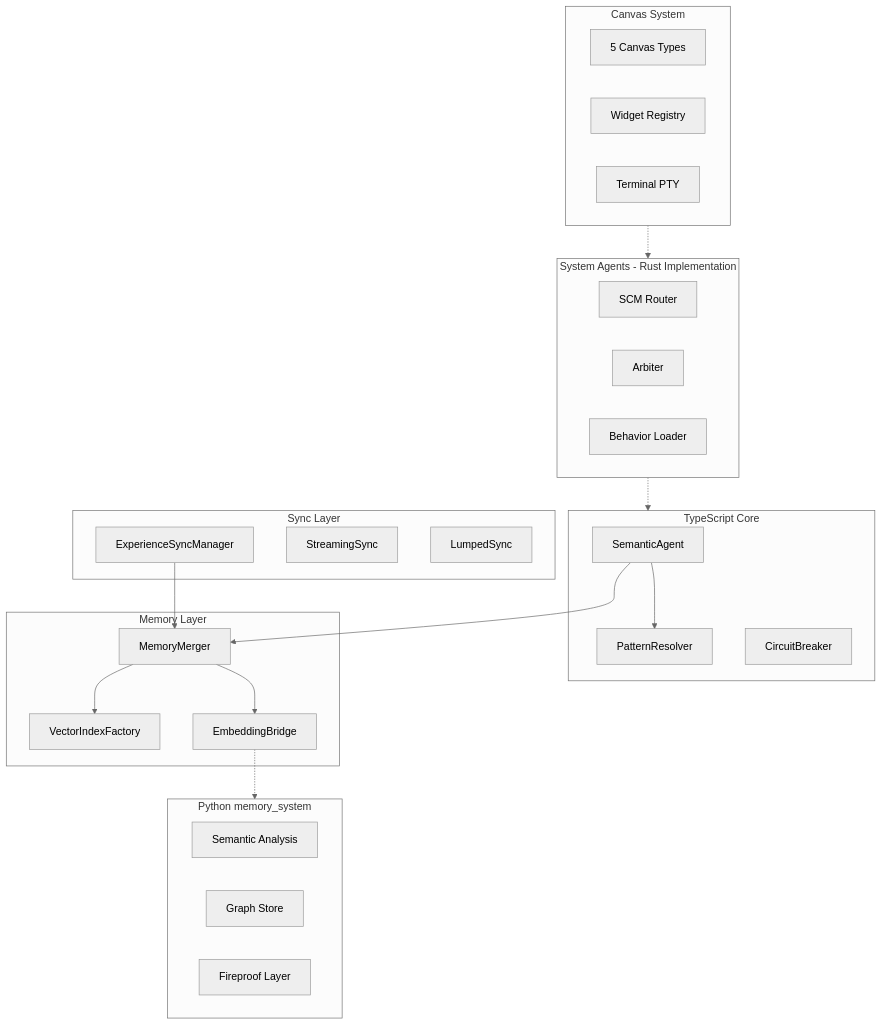
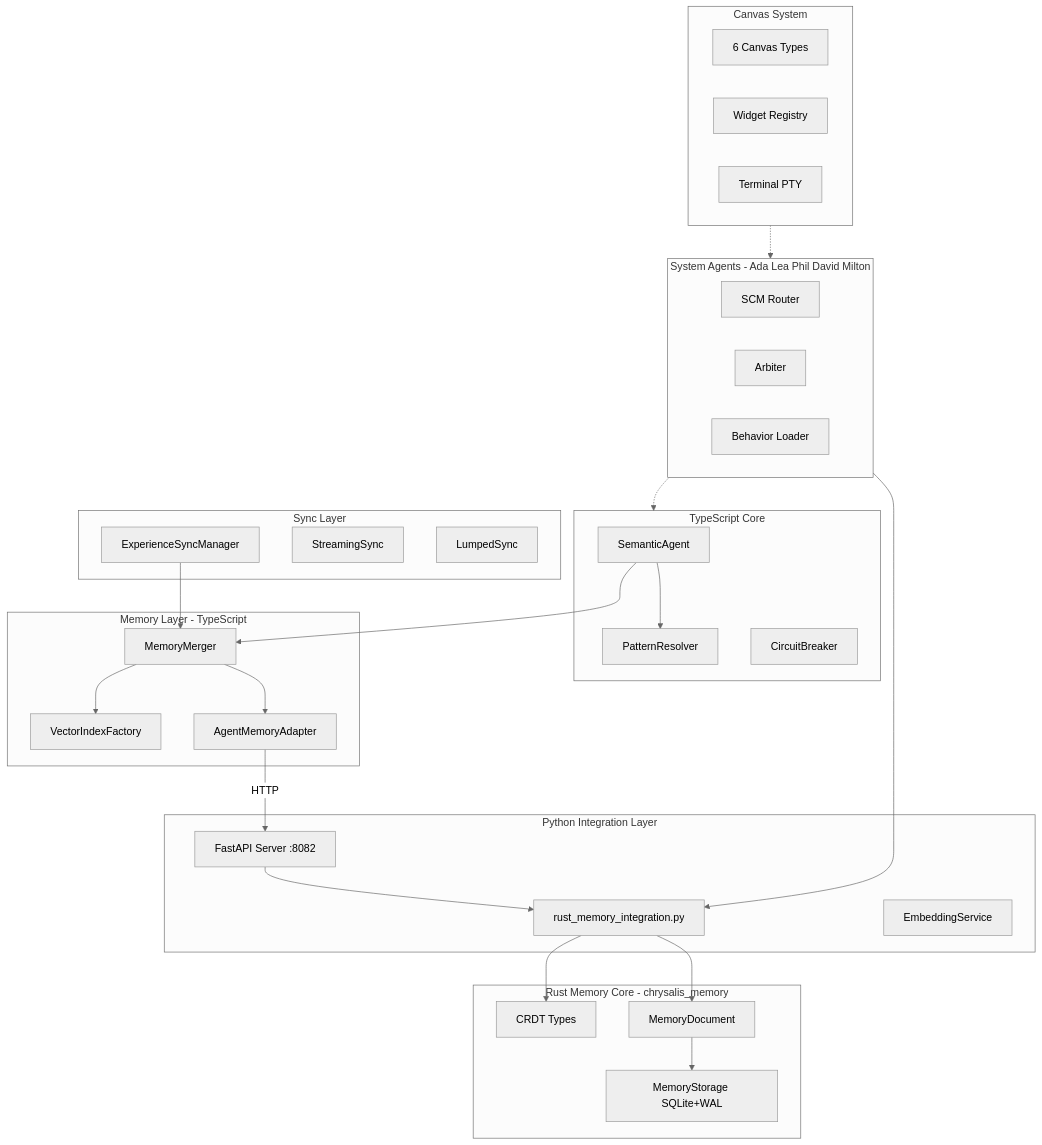
Before and after one commit to Replicant-Partners/Chrysalis: the diagram in docs/STATUS.md, drawn with Mermaid (neutral theme). The commit also changed 429 other files, not shown here.

First line of the commit message:
Major refactoring: Restructure codebase and add new architectural components

````diff
--- a/docs/STATUS.md
+++ b/docs/STATUS.md
@@ -120,47 +120,58 @@
 ```mermaid
 flowchart TB
     subgraph Core[TypeScript Core]
         SemanticAgent[SemanticAgent]
         PR[PatternResolver]
         CB[CircuitBreaker]
     end
 
-    subgraph Memory[Memory Layer]
+    subgraph Memory[Memory Layer - TypeScript]
         MM[MemoryMerger]
         VIF[VectorIndexFactory]
-        EB[EmbeddingBridge]
+        AMA[AgentMemoryAdapter]
     end
 
     subgraph Sync[Sync Layer]
         ESM[ExperienceSyncManager]
         SS[StreamingSync]
         LS[LumpedSync]
     end
 
-    subgraph Python[Python memory_system]
-        SEM[Semantic Analysis]
-        GR[Graph Store]
-        FP[Fireproof Layer]
+    subgraph RustCore[Rust Memory Core - chrysalis_memory]
+        CRDT[CRDT Types]
+        MD[MemoryDocument]
+        MS[MemoryStorage SQLite+WAL]
+    end
+
+    subgraph Python[Python Integration Layer]
+        RMI[rust_memory_integration.py]
+        API[FastAPI Server :8082]
+        ES[EmbeddingService]
     end
 
     subgraph Canvas[Canvas System]
-        CVS[5 Canvas Types]
+        CVS[6 Canvas Types]
         WGT[Widget Registry]
         PTY[Terminal PTY]
     end
 
-    subgraph Agents[System Agents - Rust Implementation]
+    subgraph Agents[System Agents - Ada Lea Phil David Milton]
         SCM[SCM Router]
         ARB[Arbiter]
         BEH[Behavior Loader]
     end
 
     SemanticAgent --> PR
     SemanticAgent --> MM
     MM --> VIF
-    MM --> EB
+    MM --> AMA
+    AMA -->|HTTP| API
+    API --> RMI
+    RMI --> CRDT
+    RMI --> MD
+    MD --> MS
     ESM --> MM
-    EB -.-> Python
+    Agents --> RMI
     Canvas -.-> Agents
     Agents -.-> Core
 ```
````
